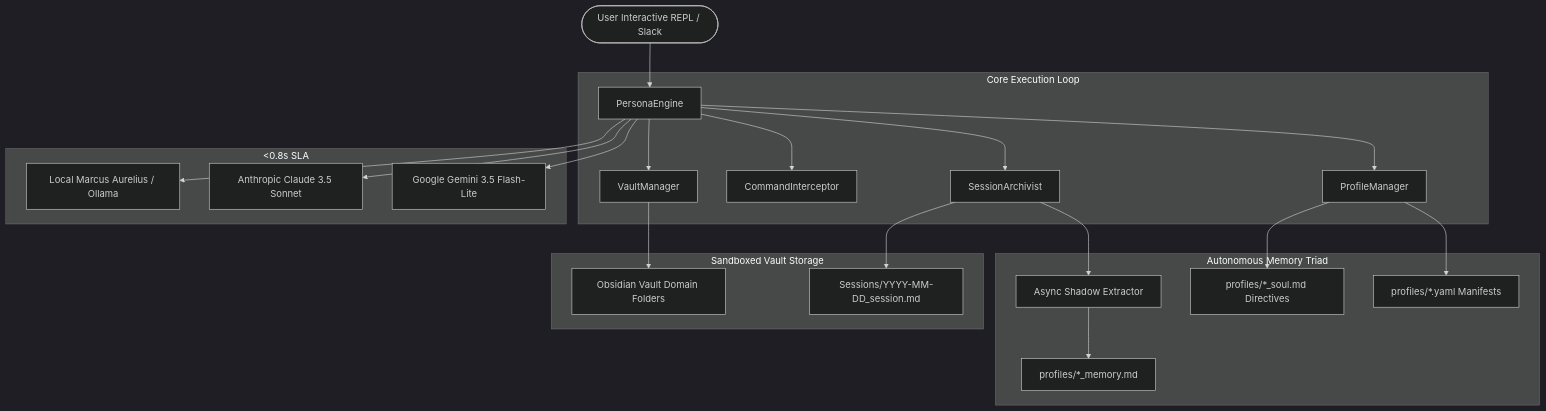
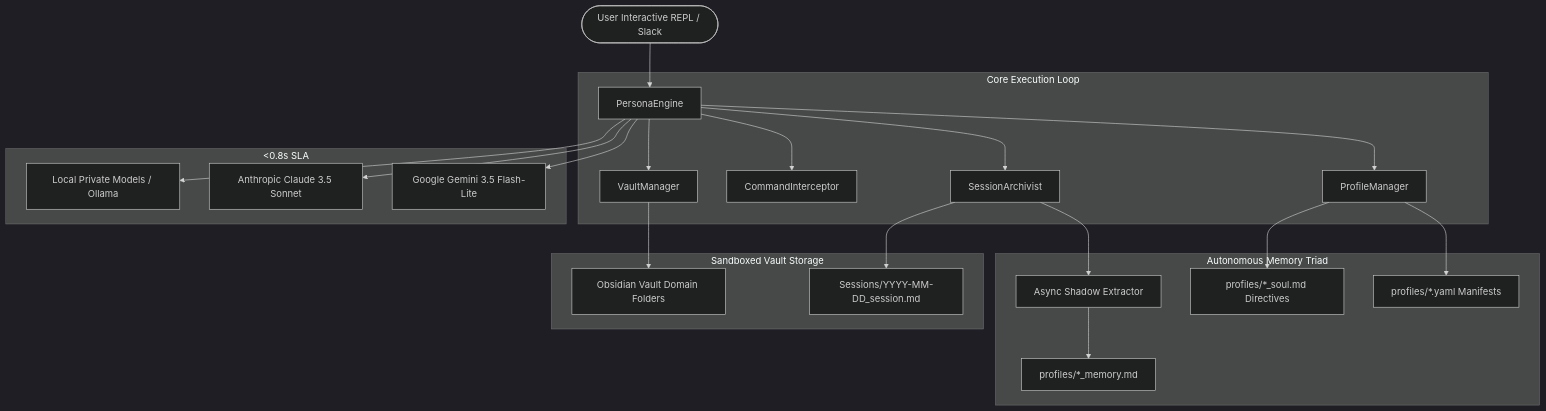
Before and after one commit to studiodamiro/sympose: the diagram in docs/wiki/index.md, drawn with Mermaid (dark theme). The commit also changed other lines of this file and 43 other files, not shown here.

````diff
--- a/docs/wiki/index.md
+++ b/docs/wiki/index.md
@@ -22,29 +22,29 @@
 ```mermaid
 graph TD
     User([User Interactive REPL / Slack]) --> Engine[PersonaEngine]
     
     subgraph Core Execution Loop
         Engine --> PM[ProfileManager]
         Engine --> Archivist[SessionArchivist]
         Engine --> Cmds[CommandInterceptor]
         Engine --> VM[VaultManager]
     end
     
     subgraph Multi-Model Layer [<0.8s SLA]
         Engine --> Gemini[Google Gemini 3.5 Flash-Lite]
         Engine --> Claude[Anthropic Claude 3.5 Sonnet]
-        Engine --> Ollama[Local Marcus Aurelius / Ollama]
+        Engine --> Ollama[Local Private Models / Ollama]
     end
     
     subgraph Autonomous Memory Triad
         PM --> Manifests[profiles/*.yaml Manifests]
         PM --> Souls[profiles/*_soul.md Directives]
         Archivist --> Shadow[Async Shadow Extractor]
         Shadow --> Memory[profiles/*_memory.md]
     end
     
     subgraph Sandboxed Vault Storage
         VM --> Notes[Obsidian Vault Domain Folders]
         Archivist --> Sessions[Sessions/YYYY-MM-DD_session.md]
     end
 ```
````
